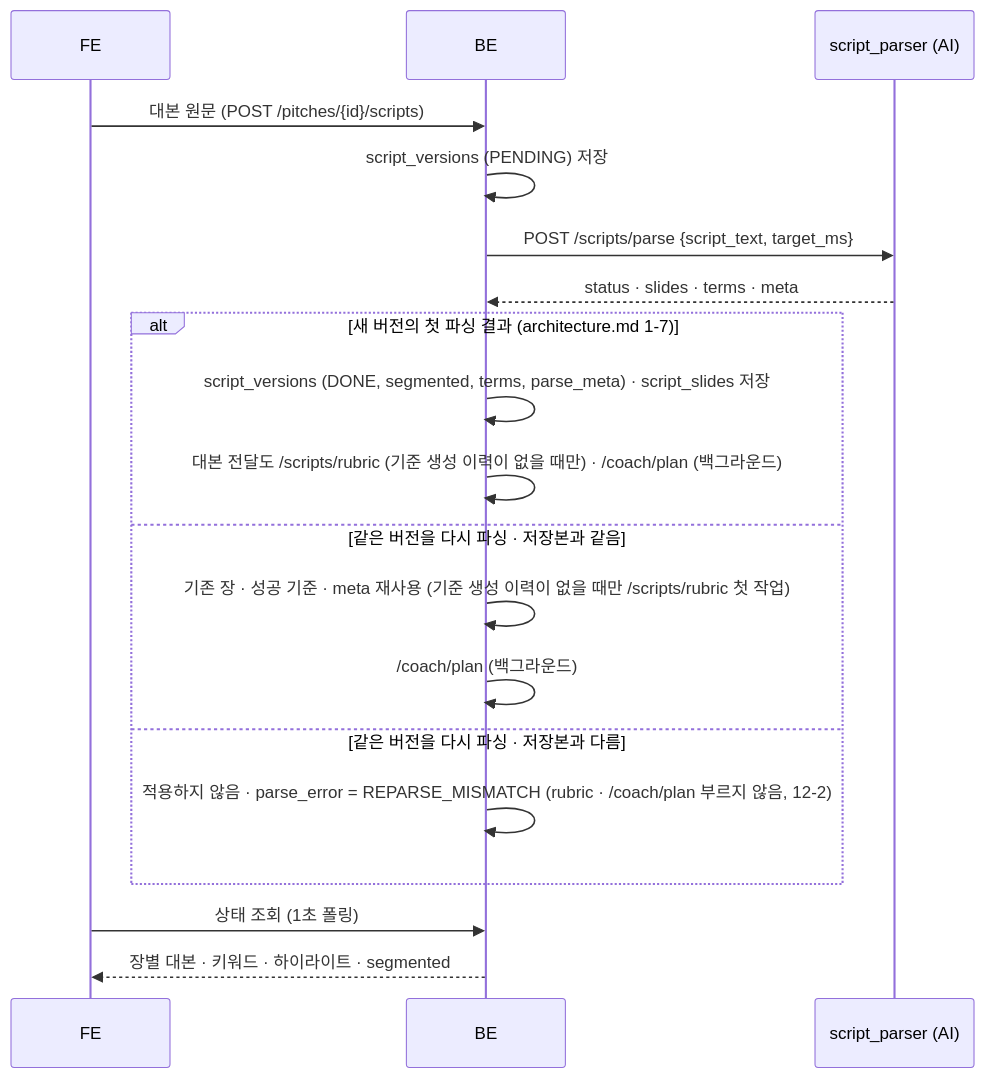
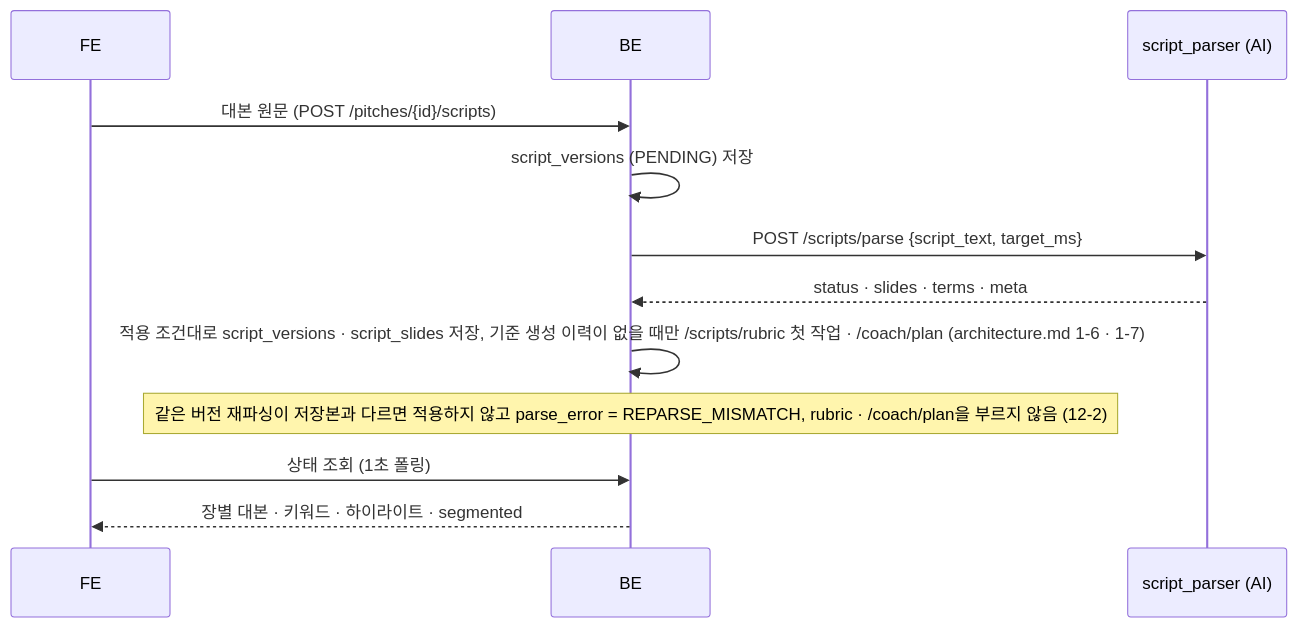
One commit to kakaotechcampus-4/ktc4-pusan-2 changed the second of 2 diagrams in docs/ai/features/script-parser.md. Above: the diagram before and after it, drawn with Mermaid. The commit also changed other lines of this file, not shown here.

Commit message:
docs(ai): script-parser의 측정 · BE 연동 이력을 정리하고 저장 요구 형식으로 바꾼다

````diff
--- a/docs/ai/features/script-parser.md
+++ b/docs/ai/features/script-parser.md
@@ -252,21 +233,14 @@
 ```mermaid
 sequenceDiagram
     participant FE
     participant BE
     participant P as script_parser (AI)
     FE->>BE: 대본 원문 (POST /pitches/{id}/scripts)
     BE->>BE: script_versions (PENDING) 저장
     BE->>P: POST /scripts/parse {script_text, target_ms}
     P-->>BE: status · slides · terms · meta
-    alt 새 버전의 첫 파싱 결과 (architecture.md 1-7)
-        BE->>BE: script_versions (DONE, segmented, terms, parse_meta) · script_slides 저장
-        BE->>BE: 대본 전달도 /scripts/rubric (기준 생성 이력이 없을 때만) · /coach/plan (백그라운드)
-    else 같은 버전을 다시 파싱 · 저장본과 같음
-        BE->>BE: 기존 장 · 성공 기준 · meta 재사용 (기준 생성 이력이 없을 때만 /scripts/rubric 첫 작업)
-        BE->>BE: /coach/plan (백그라운드)
-    else 같은 버전을 다시 파싱 · 저장본과 다름
-        BE->>BE: 적용하지 않음 · parse_error = REPARSE_MISMATCH (rubric · /coach/plan 부르지 않음, 12-2)
-    end
+    BE->>BE: 적용 조건대로 script_versions · script_slides 저장, 기준 생성 이력이 없을 때만 /scripts/rubric 첫 작업 · /coach/plan (architecture.md 1-6 · 1-7)
+    Note over BE: 같은 버전 재파싱이 저장본과 다르면 적용하지 않고 parse_error = REPARSE_MISMATCH, rubric · /coach/plan을 부르지 않음 (12-2)
     FE->>BE: 상태 조회 (1초 폴링)
     BE-->>FE: 장별 대본 · 키워드 · 하이라이트 · segmented
 ```
````
